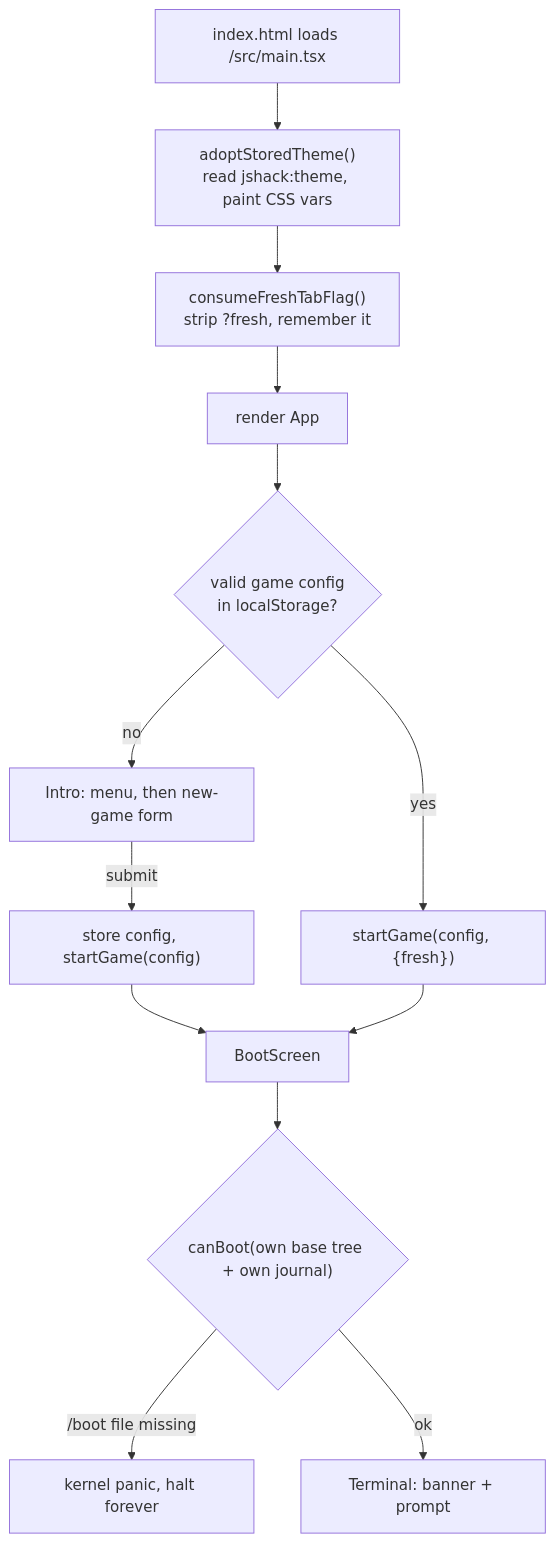
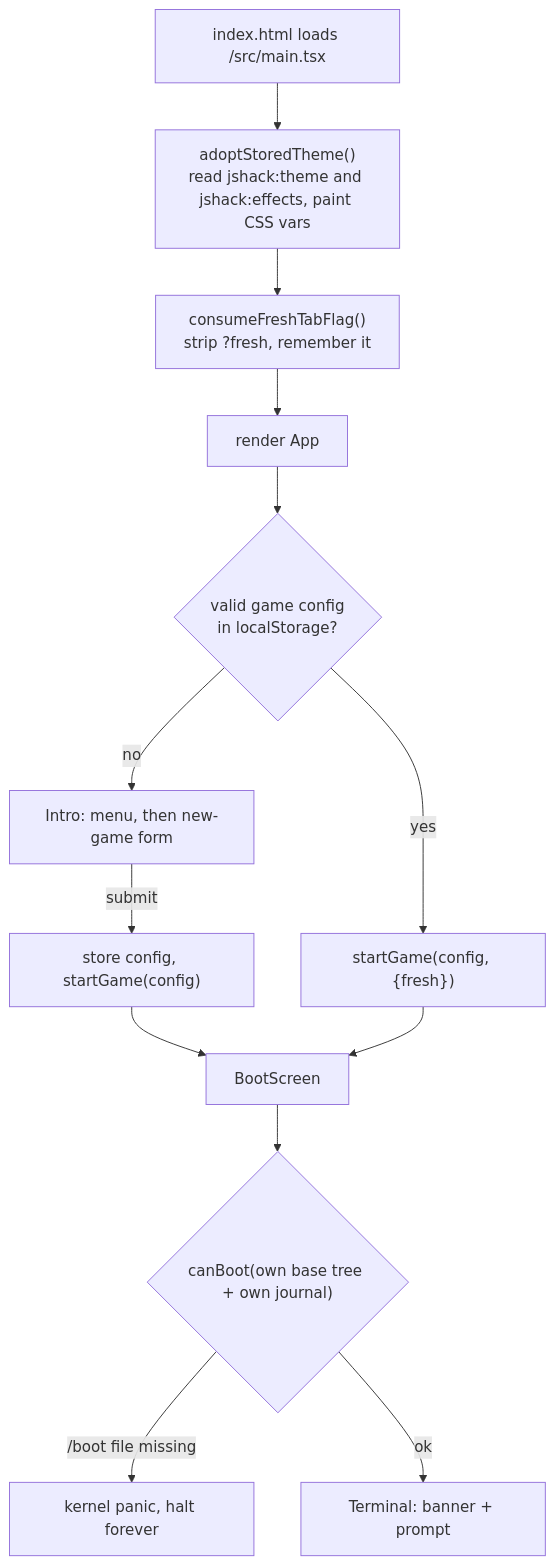
Before and after one commit to jscriptcoder/jshack.me: the second of 2 diagrams in docs/handbook/04-client-runtime.md, drawn with Mermaid. The commit also changed other lines of this file and 31 other files, not shown here.

````diff
--- a/docs/handbook/04-client-runtime.md
+++ b/docs/handbook/04-client-runtime.md
@@ -83,15 +83,15 @@
 ```mermaid
 flowchart TD
-  A["index.html loads /src/main.tsx"] --> B["adoptStoredTheme()<br/>read jshack:theme, paint CSS vars"]
+  A["index.html loads /src/main.tsx"] --> B["adoptStoredTheme()<br/>read jshack:theme and jshack:effects, paint CSS vars"]
   B --> C["consumeFreshTabFlag()<br/>strip ?fresh, remember it"]
   C --> D["render App"]
   D --> E{"valid game config<br/>in localStorage?"}
   E -- no --> F["Intro: menu, then new-game form"]
   F -->|submit| G["store config, startGame(config)"]
   E -- yes --> H["startGame(config, {fresh})"]
   G --> I["BootScreen"]
   H --> I
   I --> J{"canBoot(own base tree + own journal)"}
   J -- "/boot file missing" --> K["kernel panic, halt forever"]
   J -- ok --> L["Terminal: banner + prompt"]
 ```
````
